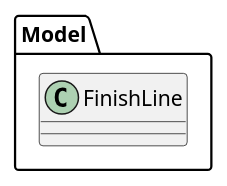
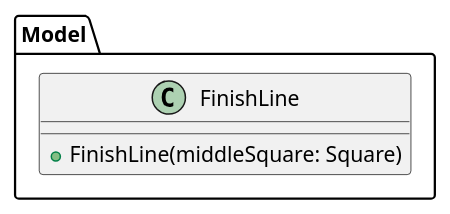
Before and after one commit to PabloGCH/tp2-algo3: the diagram in diagrams/classes/gameboard/FinishLine.puml, drawn with PlantUML. The commit also changed 12 other files, not shown here.

First line of the commit message:
Diagrams updated

```diff
--- a/diagrams/classes/gameboard/FinishLine.puml
+++ b/diagrams/classes/gameboard/FinishLine.puml
@@ -1,9 +1,9 @@
 @startuml
 'https://plantuml.com/class-diagram
 
 package Model {
     class FinishLine {
-
+        + FinishLine(middleSquare: Square)
     }
 }
 @enduml
```
